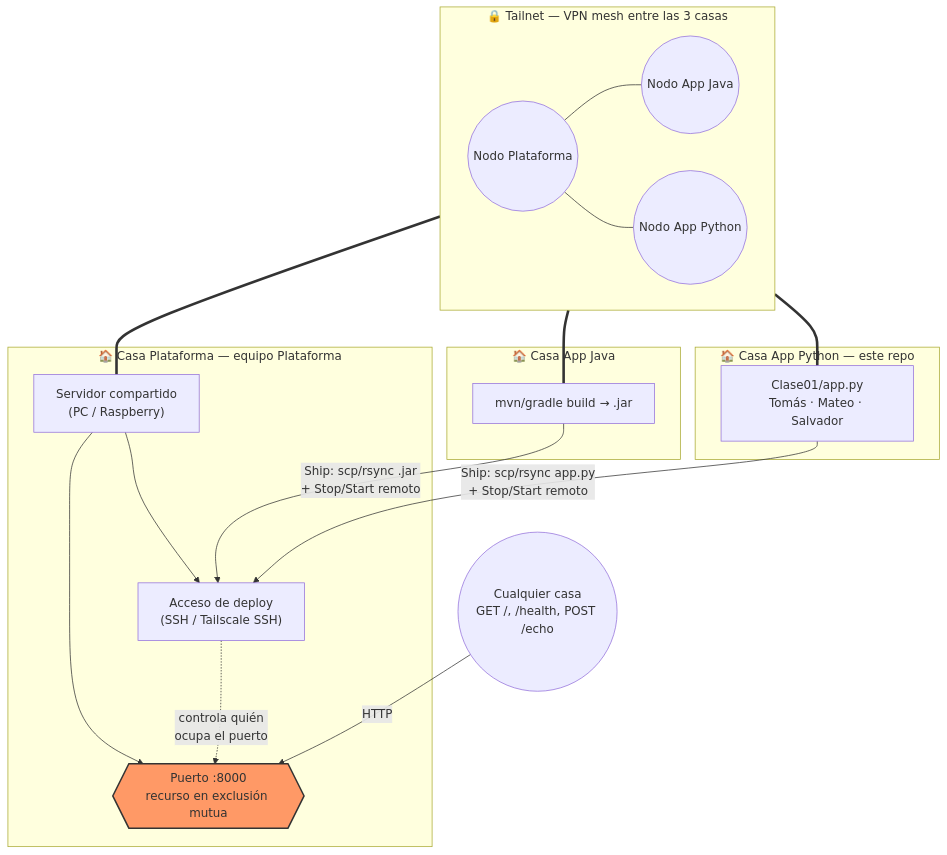
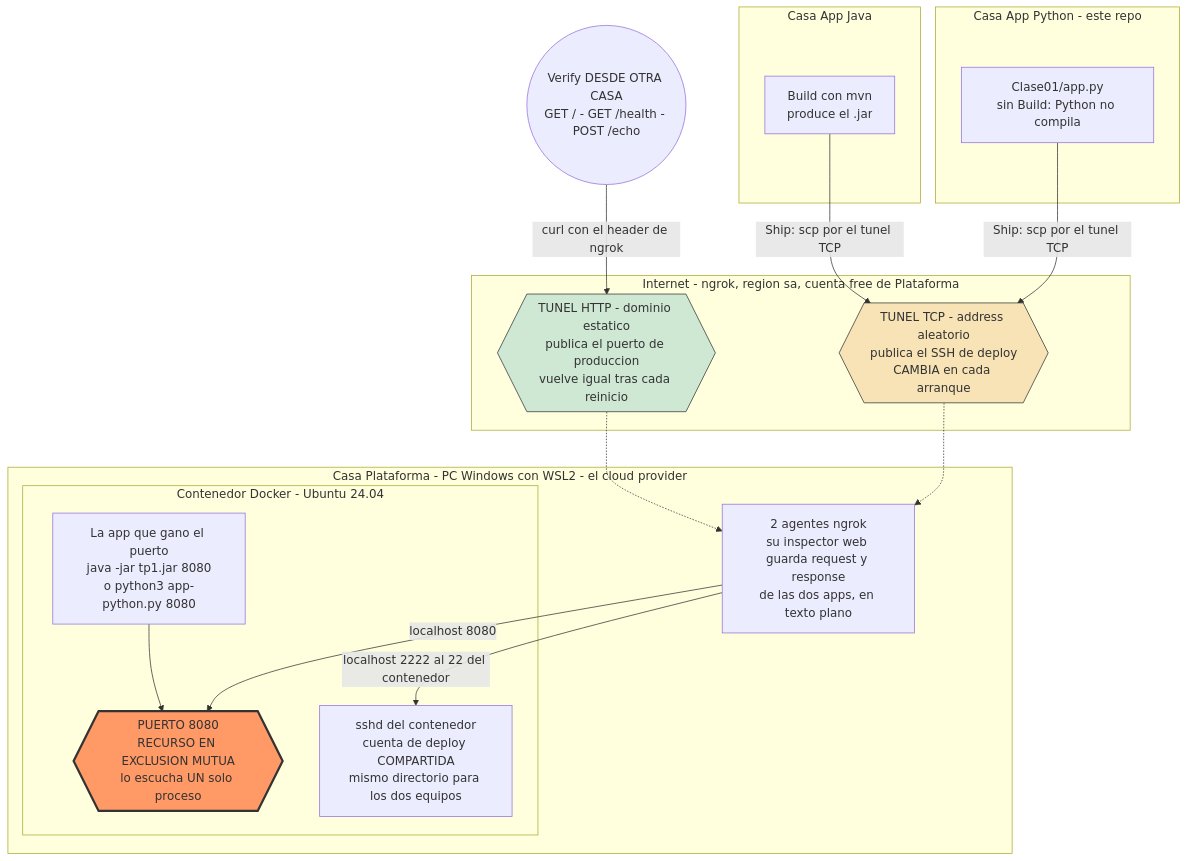
Before and after one commit to mnomico/sdypp_tarea: the first of 2 diagrams in README.md, drawn with Mermaid. The commit also changed other lines of this file and 1 other file, not shown here.

Commit message:
Acomodo el flujo a ngrok

````diff
--- a/README.md
+++ b/README.md
@@ -33,38 +35,40 @@
 ```mermaid
 flowchart TB
-    subgraph Tailnet["🔒 Tailnet — VPN mesh entre las 3 casas"]
-        direction LR
-        NP((Nodo Plataforma))
-        NJ((Nodo App Java))
-        NPY((Nodo App Python))
-        NP --- NJ
-        NP --- NPY
+    subgraph NUBE["Internet - ngrok, region sa, cuenta free de Plataforma"]
+        T1{{"TUNEL HTTP - dominio estatico<br/>publica el puerto de produccion<br/>vuelve igual tras cada reinicio"}}
+        T2{{"TUNEL TCP - address aleatorio<br/>publica el SSH de deploy<br/>CAMBIA en cada arranque"}}
     end
 
-    subgraph CasaPlataforma["🏠 Casa Plataforma — equipo Plataforma"]
-        SRV["Servidor compartido<br/>(PC / Raspberry)"]
-        PORT{{"Puerto :8000<br/>recurso en exclusión mutua"}}
-        SSH["Acceso de deploy<br/>(SSH / Tailscale SSH)"]
-        SRV --> PORT
-        SRV --> SSH
+    subgraph PLAT["Casa Plataforma - PC Windows con WSL2 - el cloud provider"]
+        AG["2 agentes ngrok<br/>su inspector web guarda request y response<br/>de las dos apps, en texto plano"]
+        subgraph CT["Contenedor Docker - Ubuntu 24.04"]
+            APP["La app que gano el puerto<br/>java -jar tp1.jar 8080<br/>o python3 app-python.py 8080"]
+            PORT{{"PUERTO 8080<br/>RECURSO EN EXCLUSION MUTUA<br/>lo escucha UN solo proceso"}}
+            SSHD["sshd del contenedor<br/>cuenta de deploy COMPARTIDA<br/>mismo directorio para los dos equipos"]
+            APP --> PORT
+        end
+        AG -->|"localhost 8080"| PORT
+        AG -->|"localhost 2222 al 22 del contenedor"| SSHD
     end
-    NP === SRV
 
-    subgraph CasaJava["🏠 Casa App Java"]
-        JAR["mvn/gradle build → .jar"]
+    T1 -.-> AG
+    T2 -.-> AG
+
+    subgraph JAVA["Casa App Java"]
+        JAR["Build con mvn<br/>produce el .jar"]
     end
-    NJ === JAR
 
-    subgraph CasaPython["🏠 Casa App Python — este repo"]
-        PY["Clase01/app.py<br/>Tomás · Mateo · Salvador"]
+    subgraph PY["Casa App Python - este repo"]
+        SRC["Clase01/app.py<br/>sin Build: Python no compila"]
     end
-    NPY === PY
 
-    JAR -- "Ship: scp/rsync .jar<br/>+ Stop/Start remoto" --> SSH
-    PY -- "Ship: scp/rsync app.py<br/>+ Stop/Start remoto" --> SSH
-    SSH -.->|"controla quién<br/>ocupa el puerto"| PORT
+    JAR -->|"Ship: scp por el tunel TCP"| T2
+    SRC -->|"Ship: scp por el tunel TCP"| T2
 
-    CLIENT(("Cualquier casa<br/>GET /, /health, POST /echo")) -- HTTP --> PORT
+    VER(("Verify DESDE OTRA CASA<br/>GET / - GET /health - POST /echo"))
+    VER -->|"curl con el header de ngrok"| T1
 
-    style PORT fill:#f96,stroke:#333,stroke-width:2px
+    style PORT fill:#f96,stroke:#333,stroke-width:3px
+    style T2 fill:#f7e3b5,stroke:#333
+    style T1 fill:#cfe8d4,stroke:#333
 ```
````
